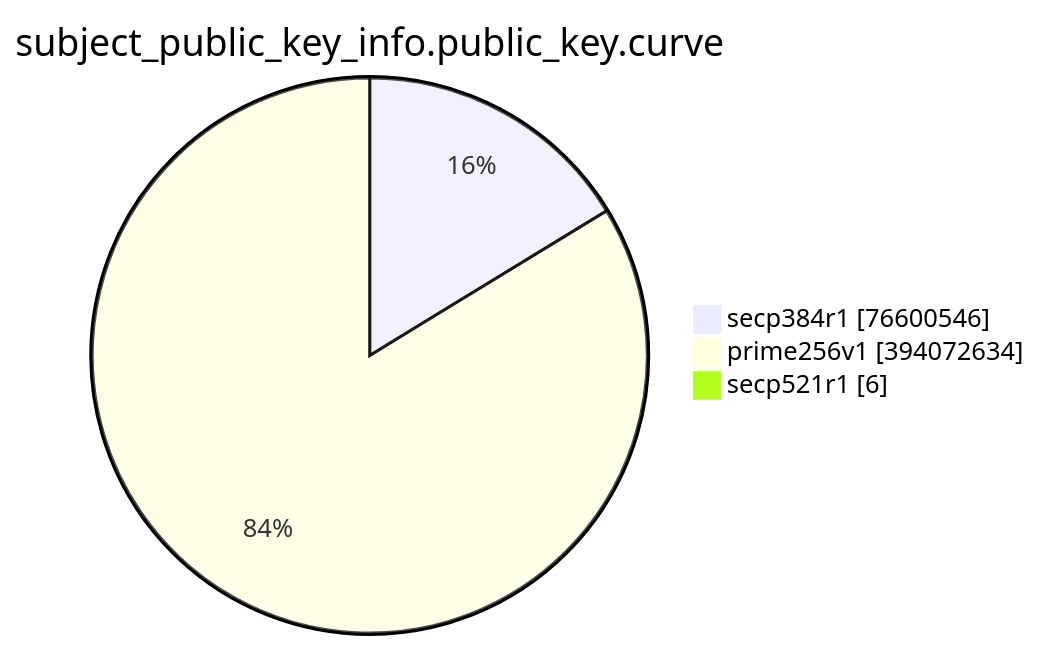
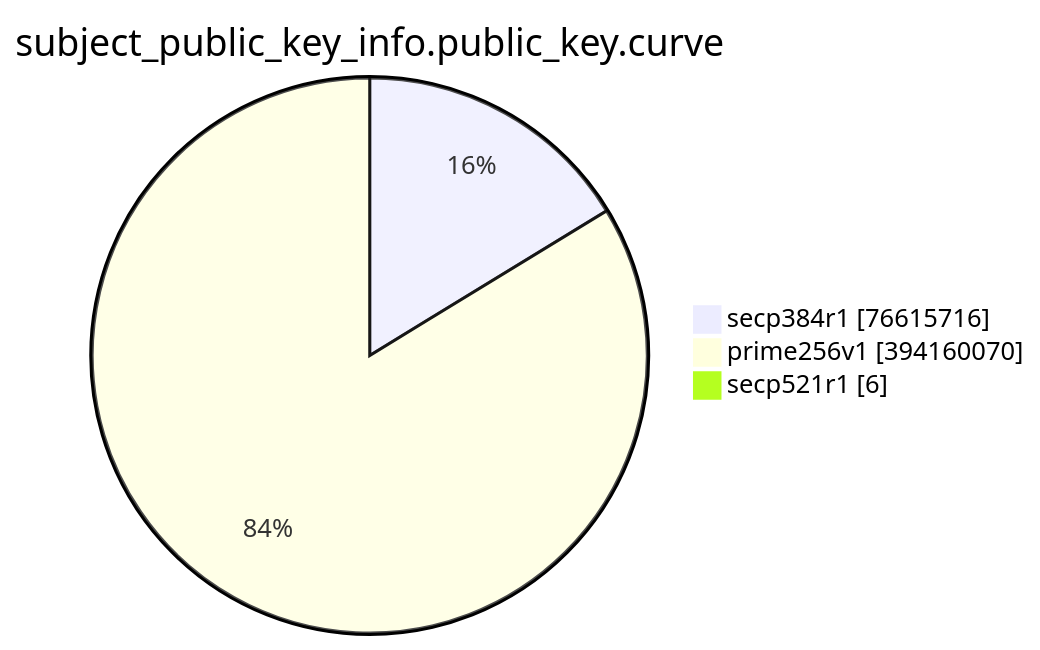
The eighth of 15 diagrams in TOTAL/README.md (christiankrug/ctmonitor_visualization), drawn with Mermaid before and after one commit. The commit also changed other lines of this file, not shown here.

````diff
--- a/TOTAL/README.md
+++ b/TOTAL/README.md
@@ -3094,7 +3094,7 @@
 ```mermaid
 pie showData
 title subject_public_key_info.public_key.curve
-"secp384r1" :76600546
-"prime256v1" :394072634
+"secp384r1" :76615716
+"prime256v1" :394160070
 "secp521r1" :6
 ```
````
